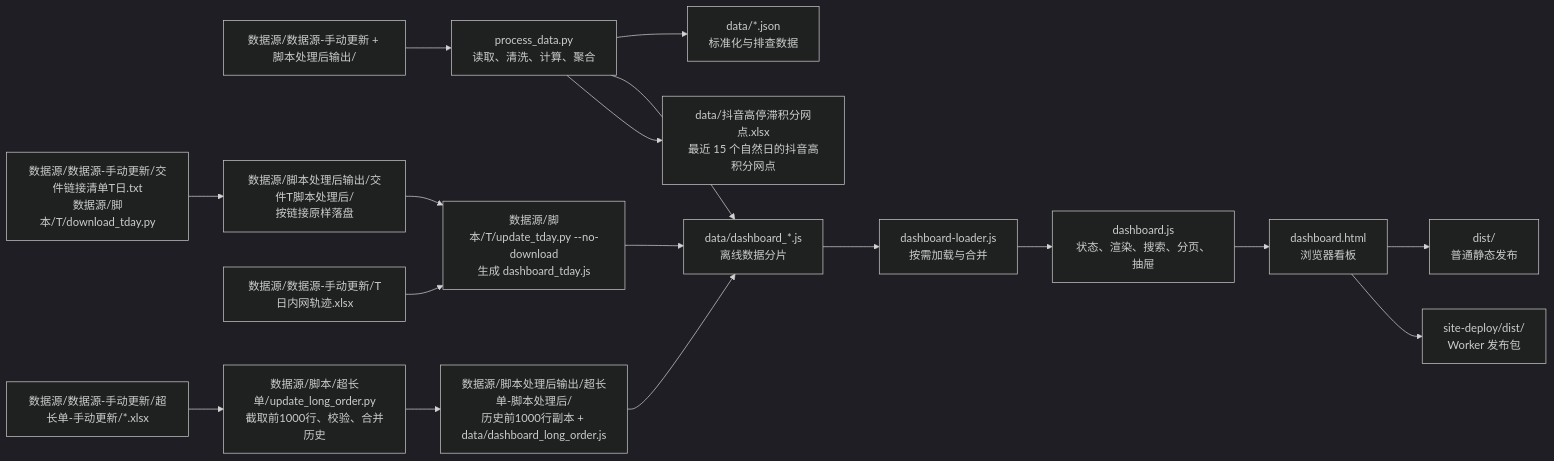
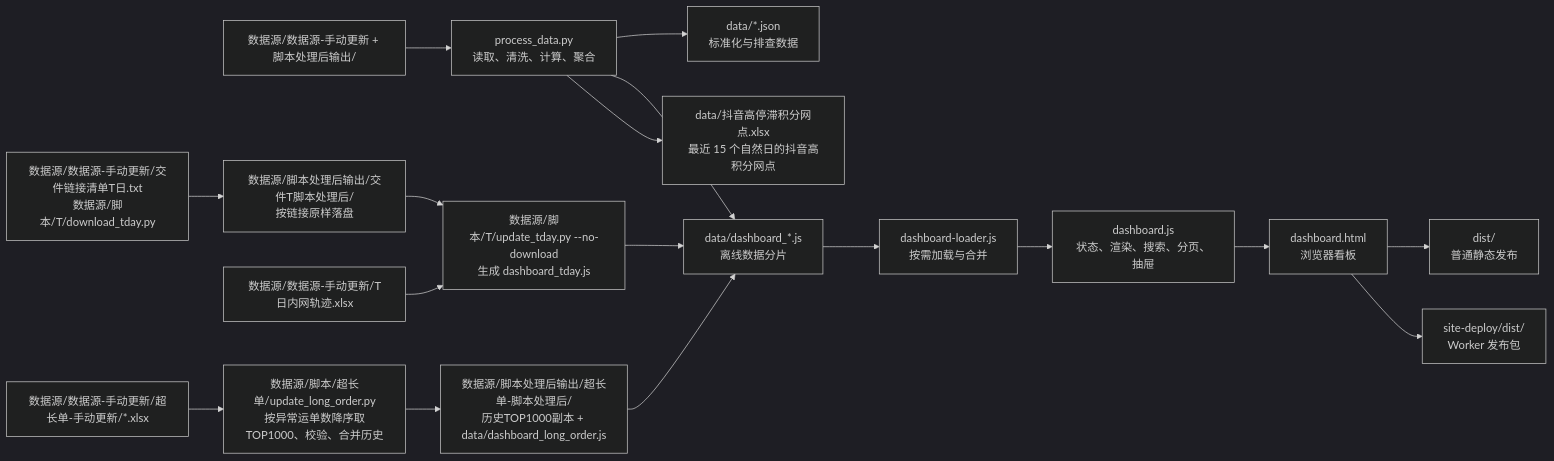
Before and after one commit to vito-xia/jiaojian: the diagram in 项目交接文档.md, drawn with Mermaid (dark theme). The commit also changed other lines of this file and 26 other files, not shown here.

````diff
--- a/项目交接文档.md
+++ b/项目交接文档.md
@@ -64,19 +64,19 @@
 ```mermaid
 flowchart LR
     A["数据源/数据源-手动更新 + 脚本处理后输出/"] --> B["process_data.py<br/>读取、清洗、计算、聚合"]
     T["数据源/数据源-手动更新/交件链接清单T日.txt<br/>数据源/脚本/T/download_tday.py"] --> U["数据源/脚本处理后输出/交件T脚本处理后/<br/>按链接原样落盘"]
     X["数据源/数据源-手动更新/T日内网轨迹.xlsx"] --> V
     U --> V["数据源/脚本/T/update_tday.py --no-download<br/>生成 dashboard_tday.js"]
     B --> C["data/*.json<br/>标准化与排查数据"]
     B --> D["data/dashboard_*.js<br/>离线数据分片"]
     B --> XL["data/抖音高停滞积分网点.xlsx<br/>最近 15 个自然日的抖音高积分网点"]
     V --> D
-    LO["数据源/数据源-手动更新/超长单-手动更新/*.xlsx"] --> LP["数据源/脚本/超长单/update_long_order.py<br/>截取前1000行、校验、合并历史"]
-    LP --> LD["数据源/脚本处理后输出/超长单-脚本处理后/<br/>历史前1000行副本 + data/dashboard_long_order.js"]
+    LO["数据源/数据源-手动更新/超长单-手动更新/*.xlsx"] --> LP["数据源/脚本/超长单/update_long_order.py<br/>按异常运单数降序取TOP1000、校验、合并历史"]
+    LP --> LD["数据源/脚本处理后输出/超长单-脚本处理后/<br/>历史TOP1000副本 + data/dashboard_long_order.js"]
     LD --> D
     D --> E["dashboard-loader.js<br/>按需加载与合并"]
     E --> F["dashboard.js<br/>状态、渲染、搜索、分页、抽屉"]
     F --> G["dashboard.html<br/>浏览器看板"]
     G --> H["dist/<br/>普通静态发布"]
     G --> I["site-deploy/dist/<br/>Worker 发布包"]
 ```
````
